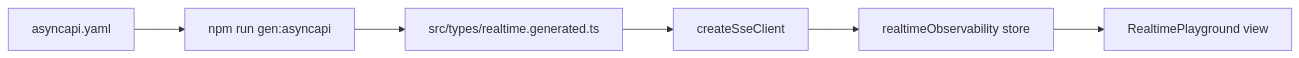
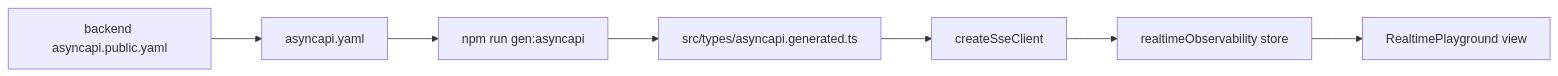
The diagram in docs/api/asyncapi-workflow.md (Guebbit/boilerplate-vue-frontend), drawn with Mermaid before and after one commit. The commit also changed other lines of this file and 14 other files, not shown here.

````diff
--- a/docs/api/asyncapi-workflow.md
+++ b/docs/api/asyncapi-workflow.md
@@ -82,9 +109,10 @@
 ```mermaid
 %%{init: {'flowchart': {'nodeSpacing': 50, 'rankSpacing': 65}}}%%
 flowchart LR
-    Spec[asyncapi.yaml] --> Gen[npm run gen:asyncapi]
-    Gen --> Types[src/types/realtime.generated.ts]
+    Backend[backend asyncapi.public.yaml] --> Spec[asyncapi.yaml]
+    Spec --> Gen[npm run gen:asyncapi]
+    Gen --> Types[src/types/asyncapi.generated.ts]
     Types --> Clients[createSseClient]
     Clients --> Stores[realtimeObservability store]
     Stores --> View[RealtimePlayground view]
 ```
````
